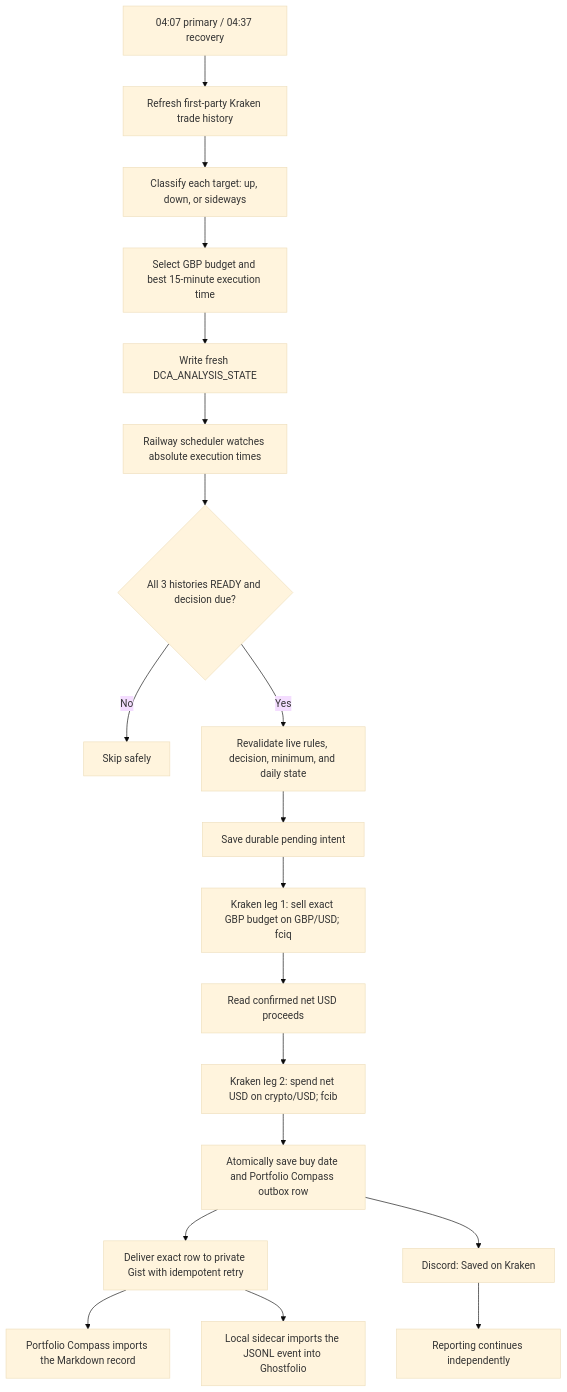
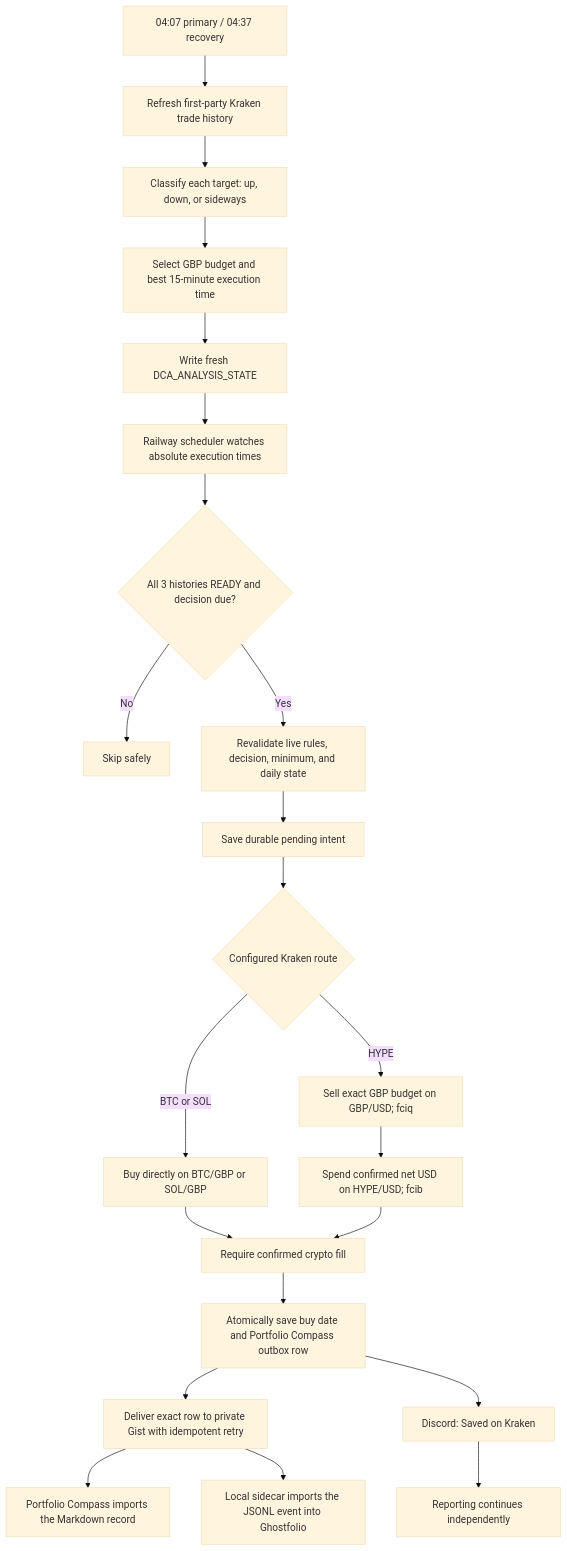
Before and after one commit to aesscialo-bot/DCA-Bot: the first of 2 diagrams in README.md, drawn with Mermaid (base theme). The commit also changed other lines of this file and 19 other files, not shown here.

````diff
--- a/README.md
+++ b/README.md
@@ -71,21 +72,24 @@
 ```mermaid
 flowchart TD
     A["04:07 primary / 04:37 recovery"] --> B["Refresh first-party Kraken trade history"]
     B --> C["Classify each target: up, down, or sideways"]
     C --> D["Select GBP budget and best 15-minute execution time"]
     D --> E["Write fresh DCA_ANALYSIS_STATE"]
     E --> F["Railway scheduler watches absolute execution times"]
     F --> G{"All 3 histories READY and decision due?"}
     G -- "No" --> H["Skip safely"]
     G -- "Yes" --> I["Revalidate live rules, decision, minimum, and daily state"]
     I --> J["Save durable pending intent"]
-    J --> K["Kraken leg 1: sell exact GBP budget on GBP/USD; fciq"]
-    K --> L["Read confirmed net USD proceeds"]
-    L --> M["Kraken leg 2: spend net USD on crypto/USD; fcib"]
-    M --> N["Atomically save buy date and Portfolio Compass outbox row"]
-    N --> O["Deliver exact row to private Gist with idempotent retry"]
-    O --> P["Portfolio Compass imports the Markdown record"]
-    O --> S["Local sidecar imports the JSONL event into Ghostfolio"]
-    N --> Q["Discord: Saved on Kraken"]
+    J --> K{"Configured Kraken route"}
+    K -- "BTC or SOL" --> L["Buy directly on BTC/GBP or SOL/GBP"]
+    K -- "HYPE" --> M["Sell exact GBP budget on GBP/USD; fciq"]
+    M --> N["Spend confirmed net USD on HYPE/USD; fcib"]
+    L --> T["Require confirmed crypto fill"]
+    N --> T
+    T --> O["Atomically save buy date and Portfolio Compass outbox row"]
+    O --> P["Deliver exact row to private Gist with idempotent retry"]
+    P --> U["Portfolio Compass imports the Markdown record"]
+    P --> S["Local sidecar imports the JSONL event into Ghostfolio"]
+    O --> Q["Discord: Saved on Kraken"]
     Q --> R["Reporting continues independently"]
 ```
````
